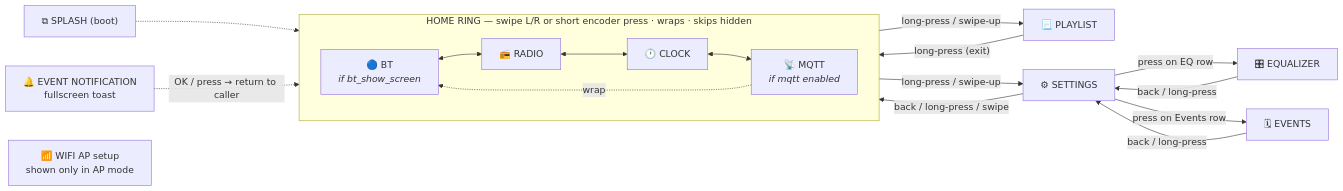
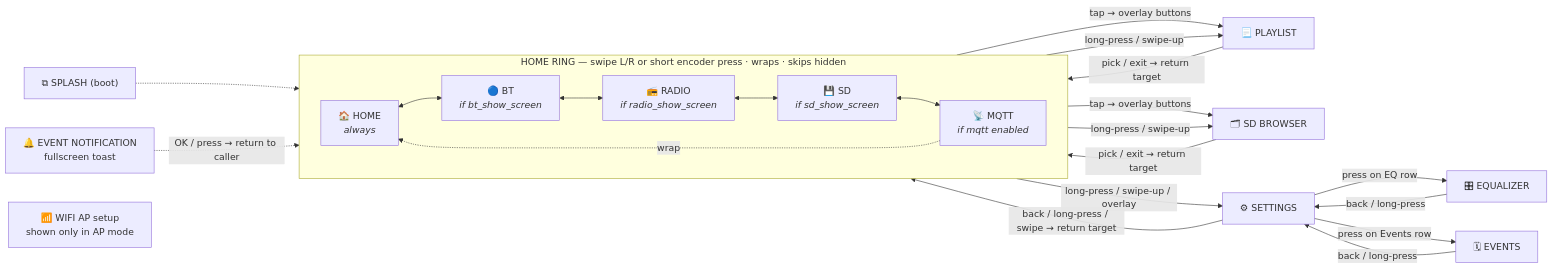
The diagram in docs/navigation.md (marcinozog/AtlasCube), drawn with Mermaid before and after one commit. The commit also changed other lines of this file and 2 other files, not shown here.

Commit message:
docs(readme): screen clock removed

````diff
--- a/docs/navigation.md
+++ b/docs/navigation.md
@@ -16,28 +31,35 @@
 ```mermaid
 flowchart LR
     subgraph ring["HOME RING — swipe L/R or short encoder press · wraps · skips hidden"]
         direction LR
+        HOME["🏠 HOME<br/><i>always</i>"]
         BT["🔵 BT<br/><i>if bt_show_screen</i>"]
-        RADIO["📻 RADIO"]
-        CLOCK["🕐 CLOCK"]
+        RADIO["📻 RADIO<br/><i>if radio_show_screen</i>"]
+        SD["💾 SD<br/><i>if sd_show_screen</i>"]
         MQTT["📡 MQTT<br/><i>if mqtt enabled</i>"]
+        HOME <--> BT
         BT <--> RADIO
-        RADIO <--> CLOCK
-        CLOCK <--> MQTT
-        MQTT -. "wrap" .-> BT
+        RADIO <--> SD
+        SD <--> MQTT
+        MQTT -. "wrap" .-> HOME
     end
 
-    RADIO -- "long-press / swipe-up" --> PLAYLIST["📃 PLAYLIST"]
-    PLAYLIST -- "long-press (exit)" --> RADIO
+    HOME -- "tap → overlay buttons" --> PLAYLIST["📃 PLAYLIST"]
+    HOME -- "tap → overlay buttons" --> BROWSER["🗂 SD BROWSER"]
+    HOME -- "long-press / swipe-up / overlay" --> SETTINGS["⚙ SETTINGS"]
 
-    CLOCK -- "long-press / swipe-up" --> SETTINGS["⚙ SETTINGS"]
-    SETTINGS -- "back / long-press / swipe" --> CLOCK
+    RADIO -- "long-press / swipe-up" --> PLAYLIST
+    PLAYLIST -- "pick / exit → return target" --> HOME
+    SD -- "long-press / swipe-up" --> BROWSER
+    BROWSER -- "pick / exit → return target" --> HOME
+
+    SETTINGS -- "back / long-press / swipe → return target" --> HOME
     SETTINGS -- "press on EQ row" --> EQ["🎛 EQUALIZER"]
     EQ -- "back / long-press" --> SETTINGS
     SETTINGS -- "press on Events row" --> EVENTS["🗓 EVENTS"]
     EVENTS -- "back / long-press" --> SETTINGS
 
     SPLASH["⧉ SPLASH (boot)"] -.-> ring
     NOTIF["🔔 EVENT NOTIFICATION<br/>fullscreen toast"] -. "OK / press → return to caller" .-> ring
     WIFI["📶 WIFI AP setup<br/>shown only in AP mode"]
 ```
````
